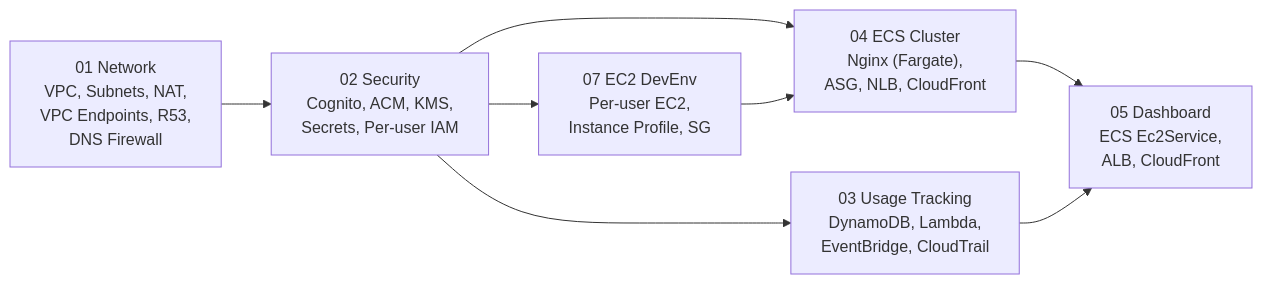
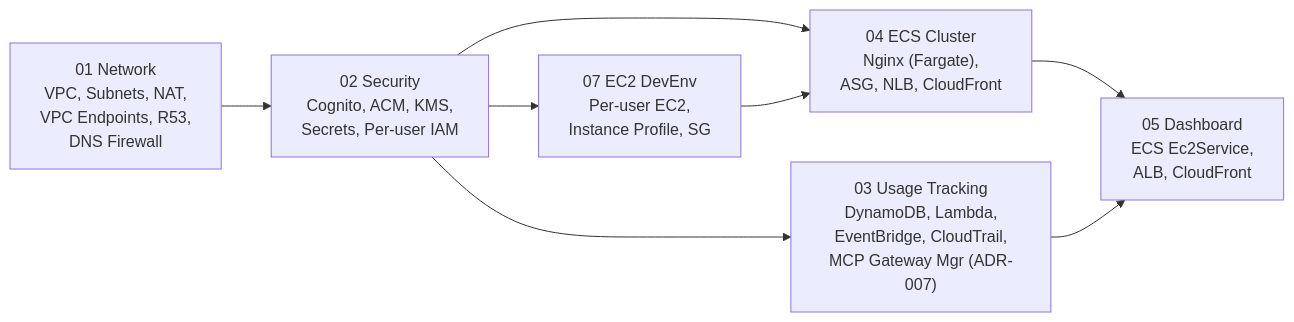
One commit to Atom-oh/cc-on-bedrock changed the second of 9 diagrams in docs/architecture.md. Above: the diagram before and after it, drawn with Mermaid. The commit also changed other lines of this file and 8 other files, not shown here.

First line of the commit message:
feat: multi-port routing, MCP management UI, ADR-009

````diff
--- a/docs/architecture.md
+++ b/docs/architecture.md
@@ -142,10 +164,10 @@
 ```mermaid
 graph LR
     S1["01 Network<br/>VPC, Subnets, NAT,<br/>VPC Endpoints, R53,<br/>DNS Firewall"] --> S2["02 Security<br/>Cognito, ACM, KMS,<br/>Secrets, Per-user IAM"]
-    S2 --> S3["03 Usage Tracking<br/>DynamoDB, Lambda,<br/>EventBridge, CloudTrail"]
+    S2 --> S3["03 Usage Tracking<br/>DynamoDB, Lambda,<br/>EventBridge, CloudTrail,<br/>MCP Gateway Mgr (ADR-007)"]
     S2 --> S4["04 ECS Cluster<br/>Nginx (Fargate),<br/>ASG, NLB, CloudFront"]
     S2 --> S7["07 EC2 DevEnv<br/>Per-user EC2,<br/>Instance Profile, SG"]
     S4 --> S5["05 Dashboard<br/>ECS Ec2Service,<br/>ALB, CloudFront"]
     S3 --> S5
     S7 --> S4
 ```
````
